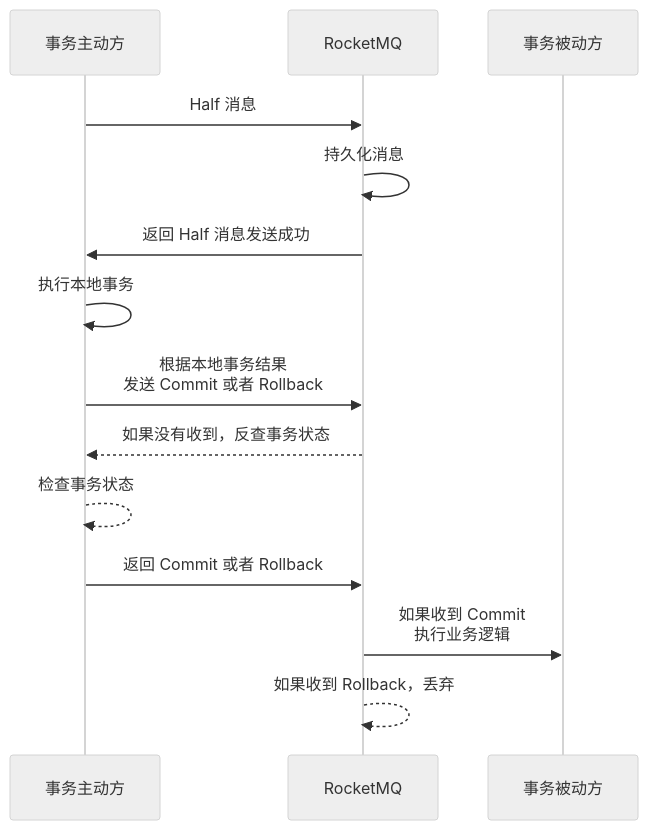
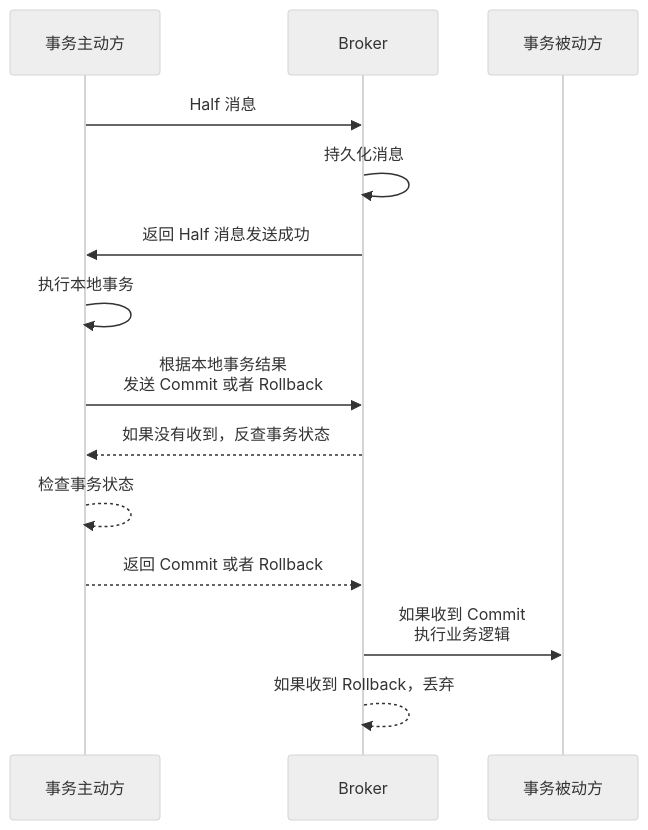
Before and after one commit to WCY-dt/blog: diagram 15 of 16 in _posts/2025-02-24-消息队列.md, drawn with Mermaid (neutral theme). The commit also changed other lines of this file and 18 other files, not shown here.

````diff
--- a/_posts/2025-02-24-消息队列.md
+++ b/_posts/2025-02-24-消息队列.md
@@ -237,16 +685,16 @@
 ```mermaid
 sequenceDiagram
     participant A as 事务主动方
-    participant MQ as RocketMQ
+    participant MQ as Broker
     participant B as 事务被动方
     A->>MQ: Half 消息
     MQ->>MQ: 持久化消息
     MQ->>A: 返回 Half 消息发送成功
     A->>A: 执行本地事务
     A->>MQ: 根据本地事务结果<br>发送 Commit 或者 Rollback
     MQ-->>A: 如果没有收到，反查事务状态
     A-->>A: 检查事务状态
-    A->>MQ: 返回 Commit 或者 Rollback
+    A-->>MQ: 返回 Commit 或者 Rollback
     MQ->>B: 如果收到 Commit<br>执行业务逻辑
     MQ-->>MQ: 如果收到 Rollback，丢弃
 ```
````
